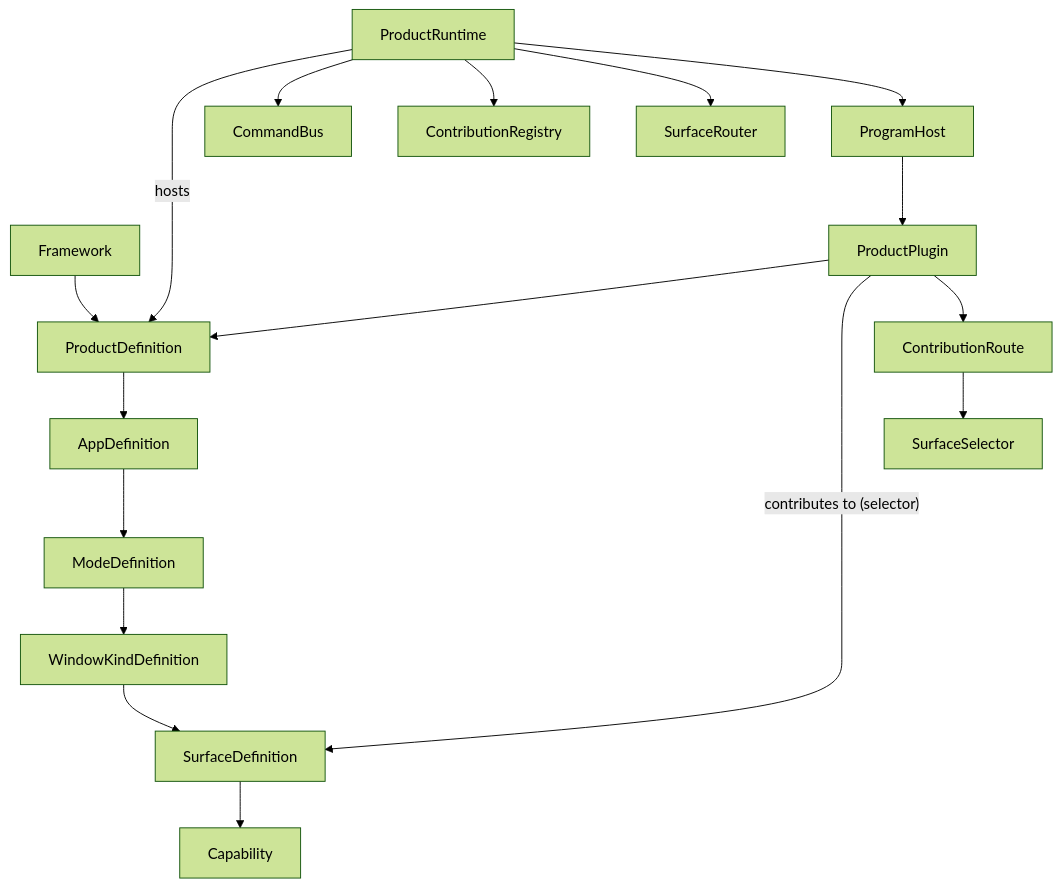
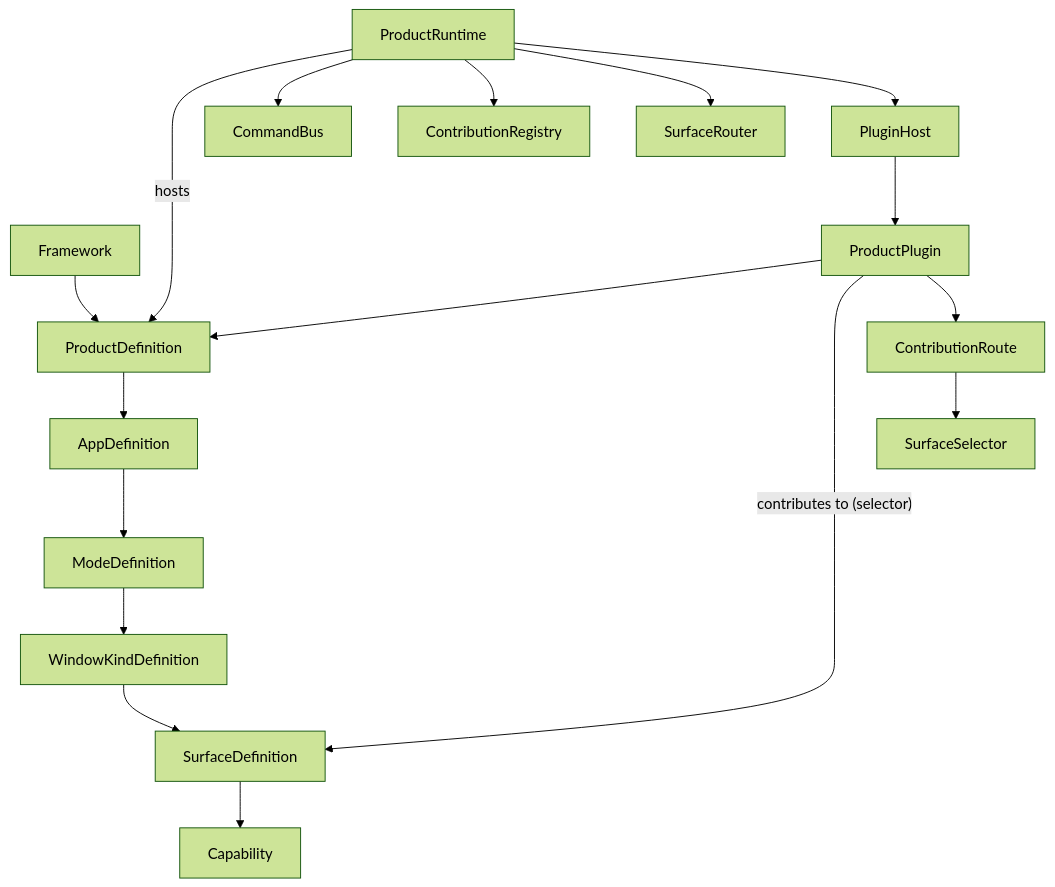
The diagram in .cursor/plans/framework-product-plugins_584184d5.plan.md (usalu/semio), drawn with Mermaid (forest theme) before and after one commit. The commit also changed other lines of this file and 663 other files, not shown here.

````diff
--- a/.cursor/plans/framework-product-plugins_584184d5.plan.md
+++ b/.cursor/plans/framework-product-plugins_584184d5.plan.md
@@ -34,21 +34,21 @@
 ```mermaid
 flowchart TD
   Framework --> ProductDefinition
   ProductDefinition --> AppDefinition
   AppDefinition --> ModeDefinition
   ModeDefinition --> WindowKindDefinition
   WindowKindDefinition --> SurfaceDefinition
   SurfaceDefinition --> Capability
 
   ProductPlugin --> ProductDefinition
   ProductPlugin -->|"contributes to (selector)"| SurfaceDefinition
   ProductPlugin --> ContributionRoute
   ContributionRoute --> SurfaceSelector
 
   ProductRuntime -->|"hosts"| ProductDefinition
   ProductRuntime --> CommandBus
   ProductRuntime --> ContributionRegistry
   ProductRuntime --> SurfaceRouter
-  ProductRuntime --> ProgramHost
-  ProgramHost --> ProductPlugin
+  ProductRuntime --> PluginHost
+  PluginHost --> ProductPlugin
 ```
````
